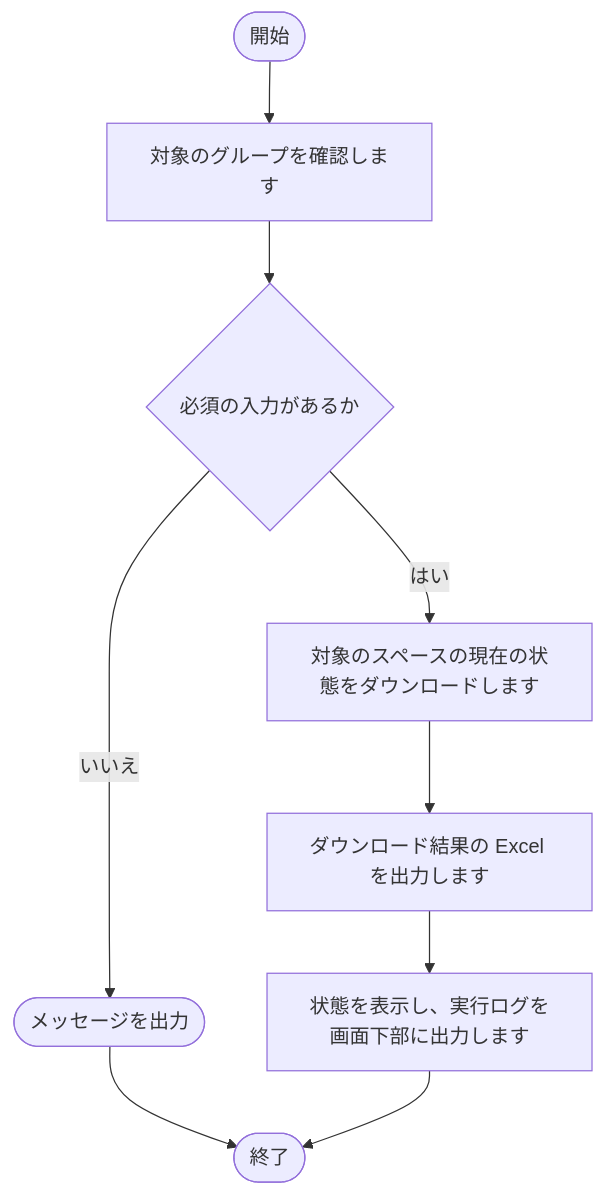
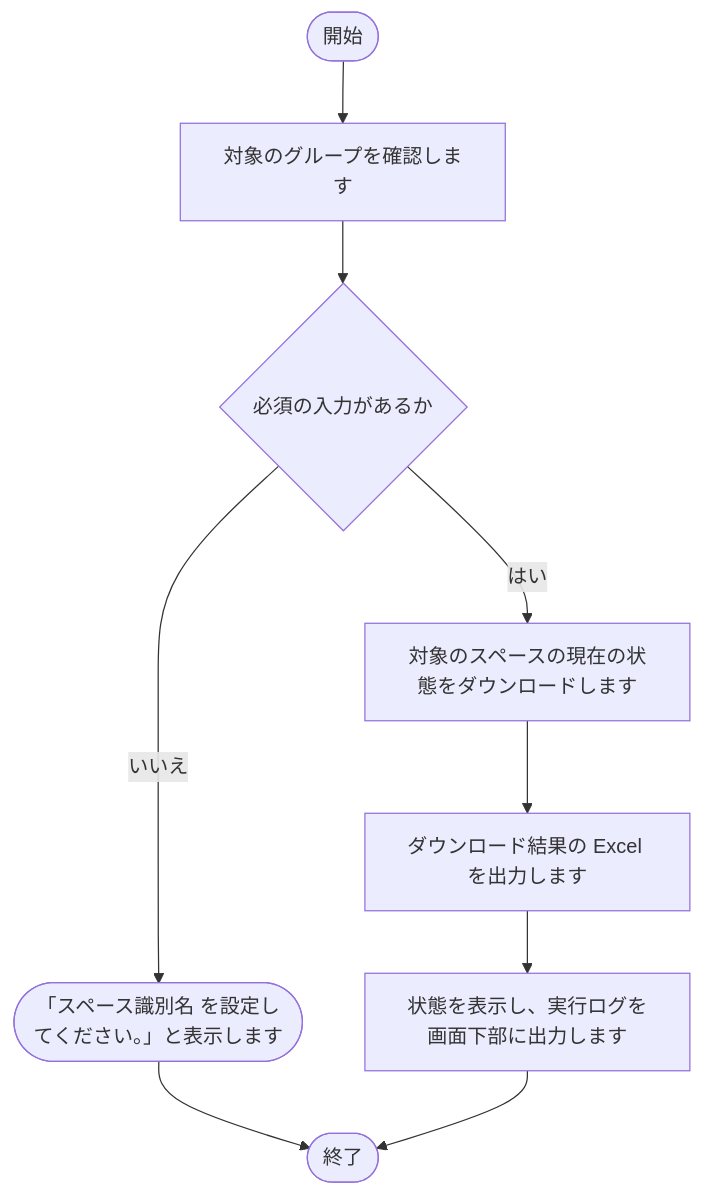
The fourth of 16 diagrams in tool/kintone-resourse-generator/doc/02_設計/処理フロー.md (nishida2073/project_management), drawn with Mermaid before and after one commit. The commit also changed other lines of this file and 81 other files, not shown here.

````diff
--- a/tool/kintone-resourse-generator/doc/02_設計/処理フロー.md
+++ b/tool/kintone-resourse-generator/doc/02_設計/処理フロー.md
@@ -142,19 +143,19 @@
 ```mermaid
 flowchart TD
     S(["開始"])
     E(["終了"])
     N1["対象のグループを確認します"]
     S --> N1
     N2{"必須の入力があるか"}
-    X2(["メッセージを出力"])
+    X2(["「スペース識別名 を設定してください。」と表示します"])
     X2 --> E
     N2 -- いいえ --> X2
     N1 --> N2
     N3["対象のスペースの現在の状態をダウンロードします"]
     N2 -- はい --> N3
     N4["ダウンロード結果の Excel を出力します"]
     N3 --> N4
     N5["状態を表示し、実行ログを画面下部に出力します"]
     N4 --> N5
     N5 --> E
 ```
````
